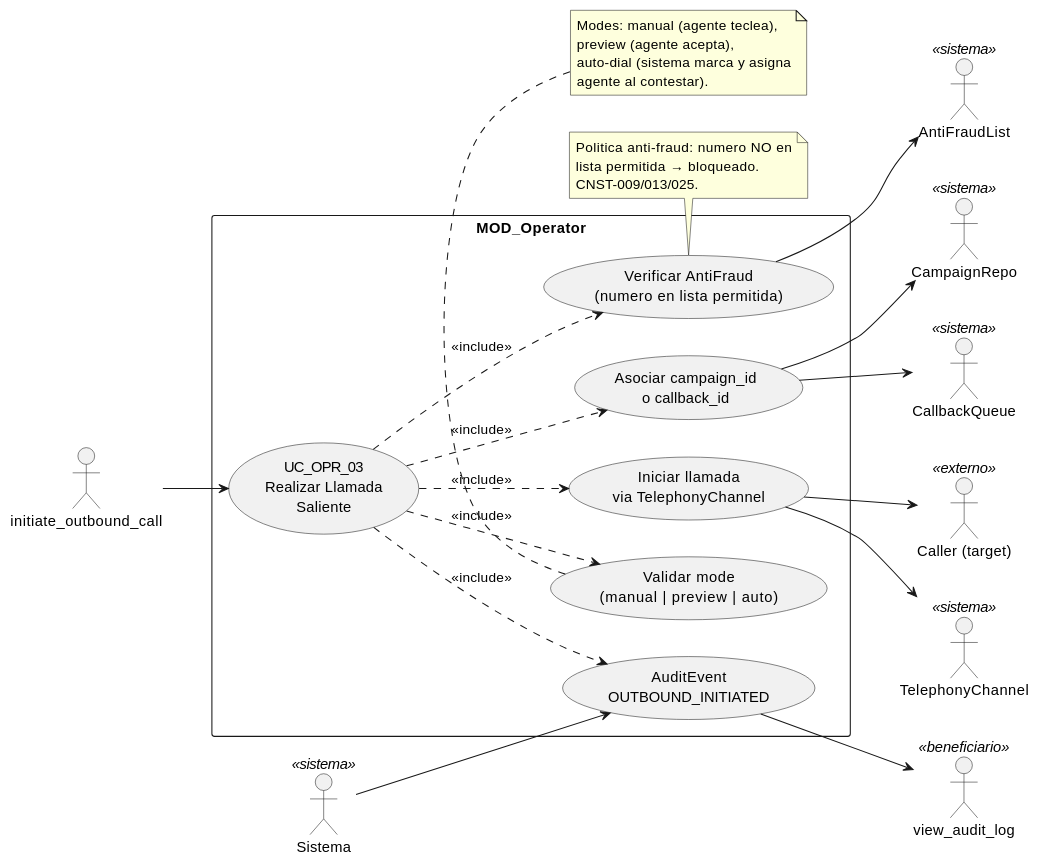
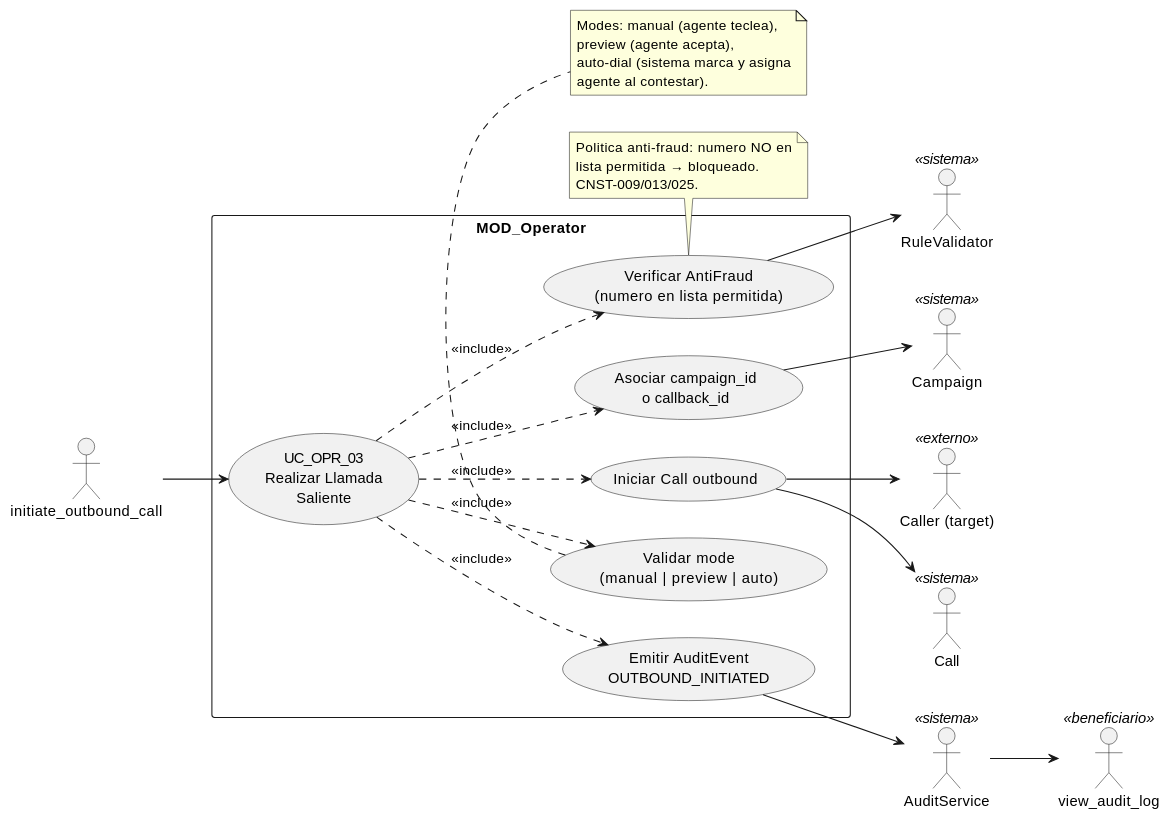
The diagram in source/requisitos/casos-uso/operator/uc-opr-03/diagramas-uml/diagrama-de-caso-de-uso.rst (jcg-admin/IACT-docs), drawn with PlantUML before and after one commit. The commit also changed other lines of this file and 52 other files, not shown here.

```diff
--- a/source/requisitos/casos-uso/operator/uc-opr-03/diagramas-uml/diagrama-de-caso-de-uso.rst
+++ b/source/requisitos/casos-uso/operator/uc-opr-03/diagramas-uml/diagrama-de-caso-de-uso.rst
@@ -4,54 +4,52 @@
 .. uml::
  :caption: UC_OPR_03 — actores y casos asociados
 
  @startuml
 
  left to right direction
 
  actor "initiate_outbound_call" as INVOKER
  actor "Caller (target)" as TARGET <<externo>>
- actor "TelephonyChannel" as CHANNEL <<sistema>>
- actor "CampaignRepo" as CAMP <<sistema>>
- actor "CallbackQueue" as CBQUEUE <<sistema>>
- actor "AntiFraudList" as ANTIFRAUD <<sistema>>
- actor "Sistema" as Sistema <<sistema>>
+ actor "Call" as CALL <<sistema>>
+ actor "Campaign" as CAMP <<sistema>>
+ actor "RuleValidator" as RV <<sistema>>
+ actor "AuditService" as AS <<sistema>>
  actor "view_audit_log" as view_audit_log <<beneficiario>>
 
  rectangle "MOD_Operator" {
    usecase "UC_OPR_03\nRealizar Llamada\nSaliente" as UC_OPR_03
    usecase "Validar mode\n(manual | preview | auto)" as VALIDAR_MODE
    usecase "Verificar AntiFraud\n(numero en lista permitida)" as VERIFY_AF
    usecase "Asociar campaign_id\no callback_id" as ASOCIAR
-   usecase "Iniciar llamada\nvia TelephonyChannel" as INICIAR
-   usecase "AuditEvent\nOUTBOUND_INITIATED" as AUDIT
+   usecase "Iniciar Call outbound" as INICIAR
+   usecase "Emitir AuditEvent\nOUTBOUND_INITIATED" as AUDIT
  }
 
  INVOKER --> UC_OPR_03
  UC_OPR_03 ..> VALIDAR_MODE : <<include>>
  UC_OPR_03 ..> VERIFY_AF : <<include>>
  UC_OPR_03 ..> ASOCIAR : <<include>>
  UC_OPR_03 ..> INICIAR : <<include>>
  UC_OPR_03 ..> AUDIT : <<include>>
 
- VERIFY_AF --> ANTIFRAUD
+ VERIFY_AF --> RV
  ASOCIAR --> CAMP
- ASOCIAR --> CBQUEUE
- INICIAR --> CHANNEL
+ INICIAR --> CALL
  INICIAR --> TARGET
- Sistema --> AUDIT
- AUDIT --> view_audit_log
+ AUDIT --> AS
+ AS --> view_audit_log
 
  note bottom of VERIFY_AF
    Politica anti-fraud: numero NO en
    lista permitida → bloqueado.
    CNST-009/013/025.
  end note
 
  note bottom of VALIDAR_MODE
    Modes: manual (agente teclea),
    preview (agente acepta),
    auto-dial (sistema marca y asigna
    agente al contestar).
  end note
 
  @enduml
```
